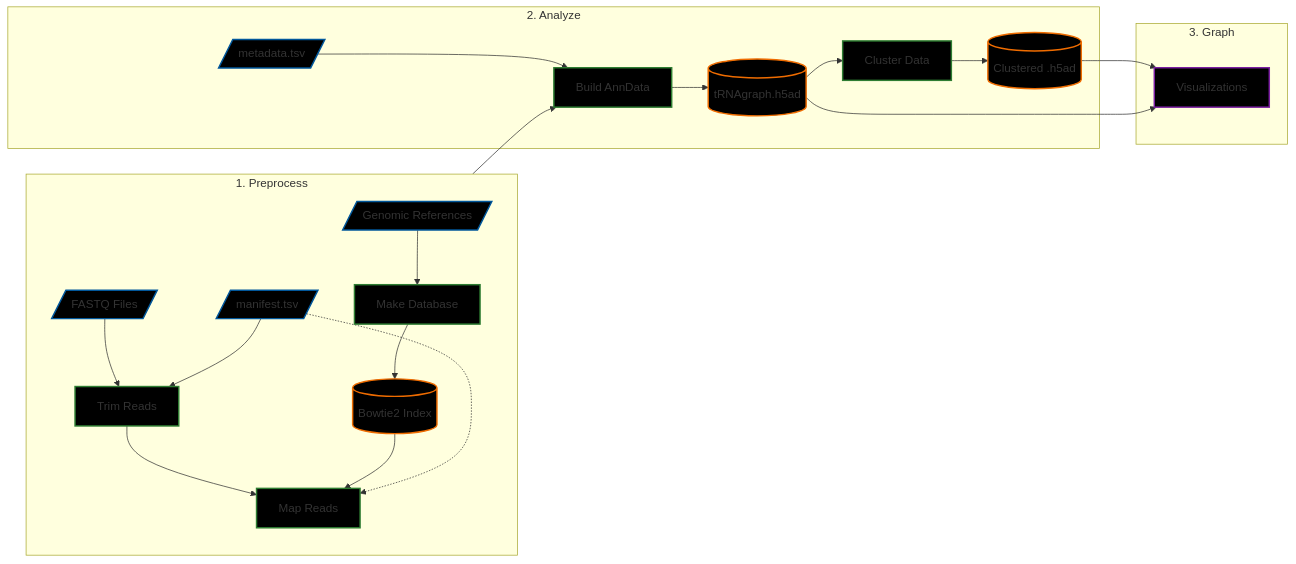
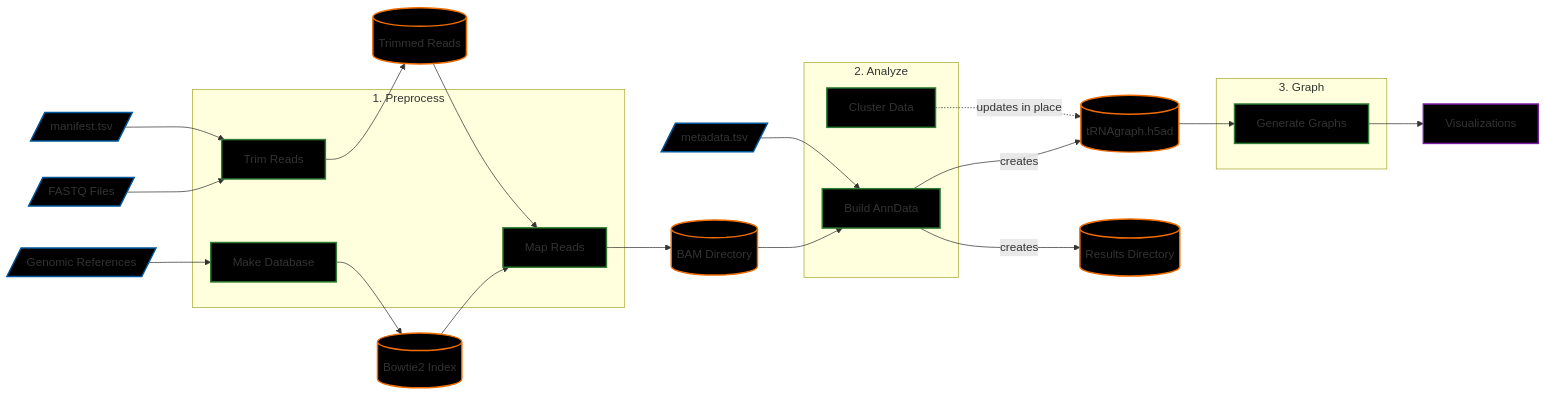
The diagram in README.md (alba1735/tRNAgraph), drawn with Mermaid before and after one commit.

Commit message:
docs(readme): clarify preprocessing/analysis/graphing flowchart

````diff
--- a/README.md
+++ b/README.md
@@ -21,56 +21,59 @@
 ```mermaid
 flowchart LR
   %% Input Nodes
   I1[/"manifest.tsv"/]
   I2[/"FASTQ Files"/]
   I3[/"Genomic References"/]
   I4[/"metadata.tsv"/]
 
-  %% Processing Nodes
-  P1[Trim Reads]
-  P2[Make Database]
-  P3[Map Reads]
-  B1[Build AnnData]
-  C1[Cluster Data]
-
-  %% Data/Storage Nodes
-  D1[("Bowtie2 Index")]
-  D2[("tRNAgraph.h5ad")]
-  D3[("Clustered .h5ad")]
-
   %% Output Nodes
   O1[Visualizations]
 
-  %% Flow
   subgraph Step1 [1. Preprocess]
-    direction TB
-    I3 --> P2 --> D1
-    I2 & I1 --> P1
-    P1 & D1 --> P3
-    I1 -.-> P3
+    P1[Trim Reads]
+    P2[Make Database]
+    P3[Map Reads]
   end
 
+  I3 --> P2
+  I2 & I1 --> P1
+
+  D1[("Bowtie2 Index")]
+  D2[("Trimmed Reads")]
+  P2 --> D1
+  P1 --> D2
+  D1 & D2 --> P3
+
+  D3[("BAM Directory")]
+  P3 --> D3
+
   subgraph Step2 [2. Analyze]
-    P3 --> B1
-    I4 --> B1
-    B1 --> D2
-    D2 --> C1
-    C1 --> D3
+    B1[Build AnnData]
+    C1[Cluster Data]
   end
 
+  D3 & I4 --> B1
+
+  D4[("tRNAgraph.h5ad")]
+  D5[("Results Directory")]
+  B1 -->|creates| D4
+  B1 -->|creates| D5
+  C1 -.->|updates in place| D4
+
   subgraph Step3 [3. Graph]
-    D3 --> O1
-    D2 --> O1
+    V1[Generate Graphs]
   end
+
+  D4 --> V1 --> O1
 
   %% Styling
   classDef input fill:#000000,stroke:#01579b,stroke-width:2px;
   classDef process fill:#000000,stroke:#2e7d32,stroke-width:2px;
   classDef storage fill:#000000,stroke:#ef6c00,stroke-width:2px;
   classDef output fill:#000000,stroke:#7b1fa2,stroke-width:2px;
 
   class I1,I2,I3,I4 input;
-  class P1,P2,P3,B1,C1 process;
-  class D1,D2,D3 storage;
+  class P1,P2,P3,B1,C1,V1 process;
+  class D1,D2,D3,D4,D5 storage;
   class O1 output;
 ```
````
